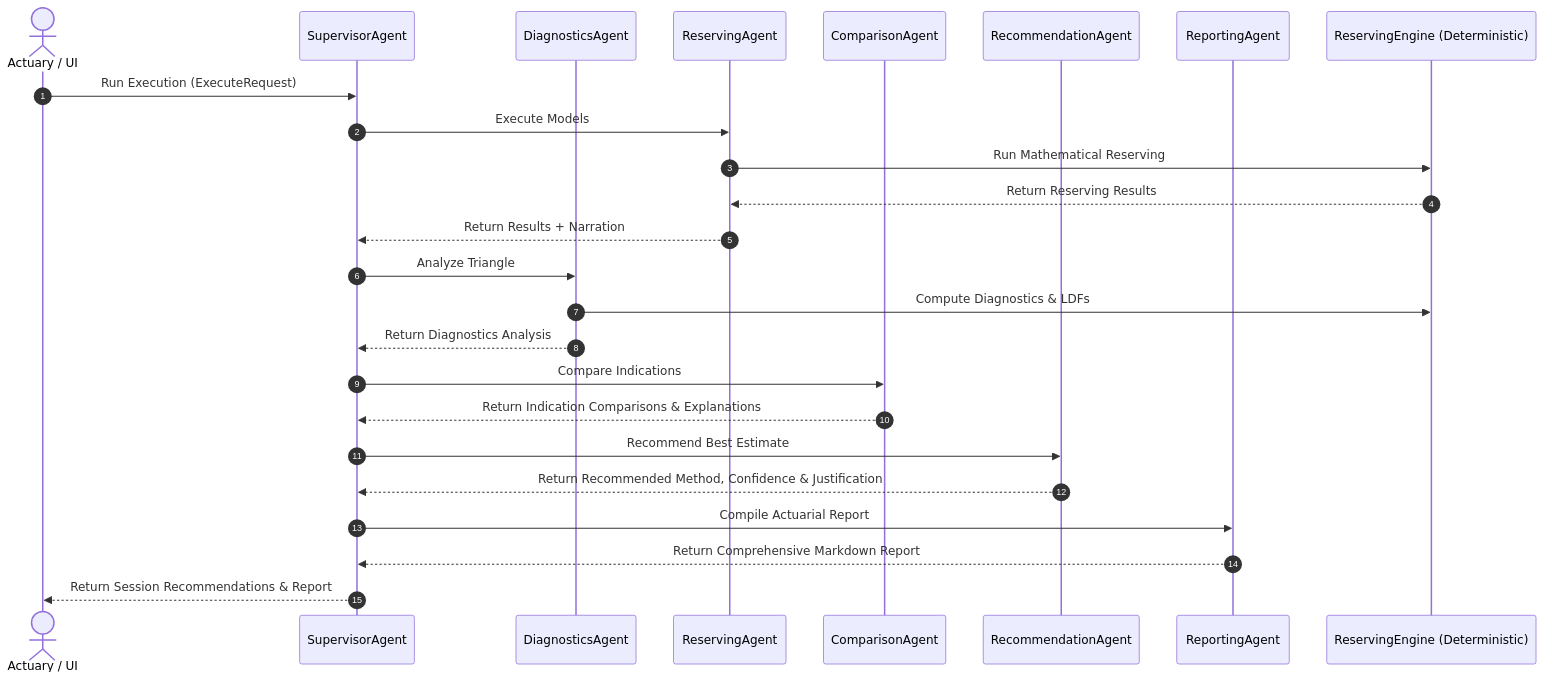
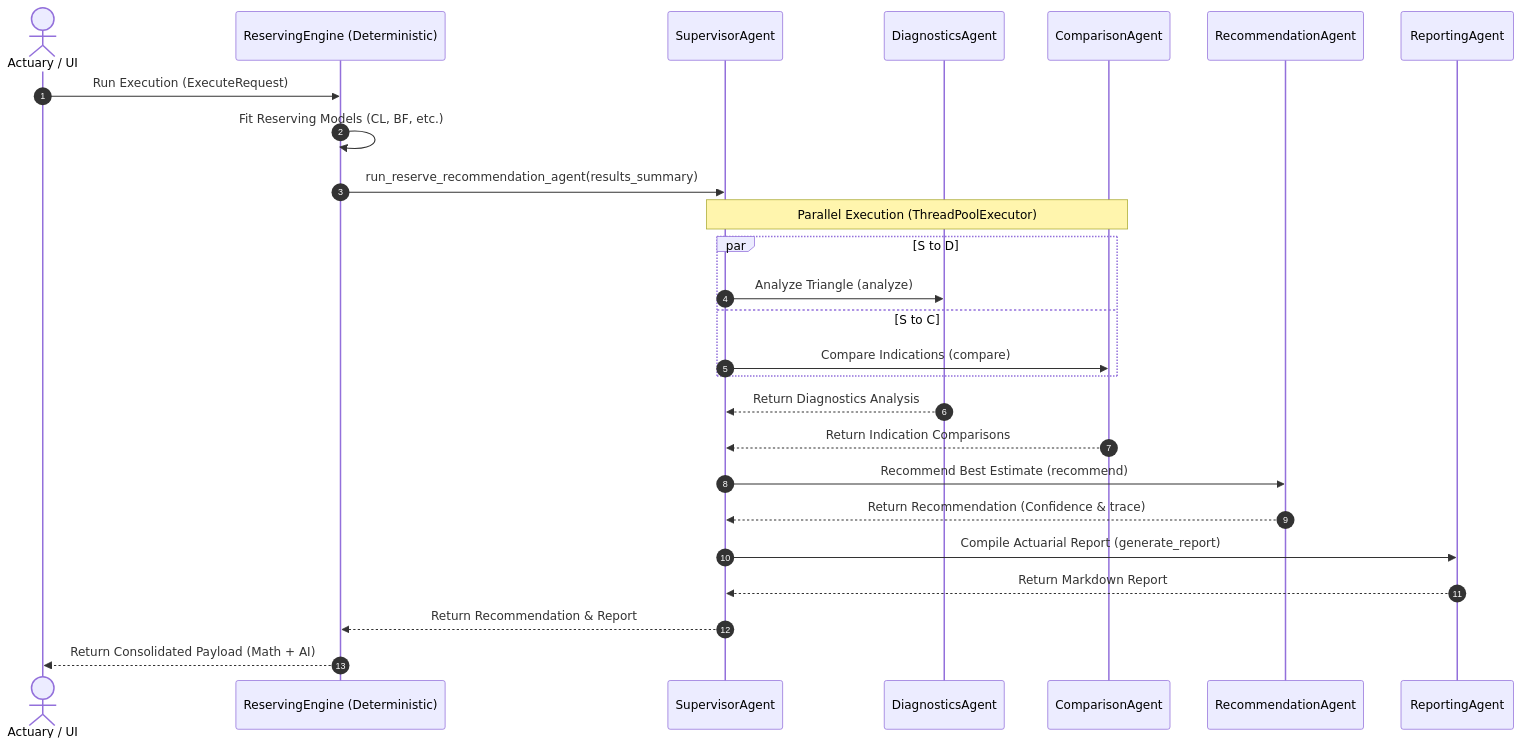
The diagram in docs/AGENT_ARCHITECTURE.md (RamSaiDeep/Reserving-using-Agentic-AI), drawn with Mermaid before and after one commit. The commit also changed other lines of this file and 26 other files, not shown here.

````diff
--- a/docs/AGENT_ARCHITECTURE.md
+++ b/docs/AGENT_ARCHITECTURE.md
@@ -70,33 +63,33 @@
 ```mermaid
 sequenceDiagram
     autonumber
     actor User as Actuary / UI
+    participant Eng as ReservingEngine (Deterministic)
     participant S as SupervisorAgent
     participant D as DiagnosticsAgent
-    participant R as ReservingAgent
     participant C as ComparisonAgent
     participant Rec as RecommendationAgent
     participant Rep as ReportingAgent
-    participant Eng as ReservingEngine (Deterministic)
 
-    User->>S: Run Execution (ExecuteRequest)
-    S->>R: Execute Models
-    R->>Eng: Run Mathematical Reserving
-    Eng-->>R: Return Reserving Results
-    R-->>S: Return Results + Narration
+    User->>Eng: Run Execution (ExecuteRequest)
+    Eng->>Eng: Fit Reserving Models (CL, BF, etc.)
+    Eng->>S: run_reserve_recommendation_agent(results_summary)
     
-    S->>D: Analyze Triangle
-    D->>Eng: Compute Diagnostics & LDFs
+    note over S,C: Parallel Execution (ThreadPoolExecutor)
+    par S to D
+        S->>D: Analyze Triangle (analyze)
+    and S to C
+        S->>C: Compare Indications (compare)
+    end
     D-->>S: Return Diagnostics Analysis
+    C-->>S: Return Indication Comparisons
     
-    S->>C: Compare Indications
-    C-->>S: Return Indication Comparisons & Explanations
+    S->>Rec: Recommend Best Estimate (recommend)
+    Rec-->>S: Return Recommendation (Confidence & trace)
     
-    S->>Rec: Recommend Best Estimate
-    Rec-->>S: Return Recommended Method, Confidence & Justification
+    S->>Rep: Compile Actuarial Report (generate_report)
+    Rep-->>S: Return Markdown Report
     
-    S->>Rep: Compile Actuarial Report
-    Rep-->>S: Return Comprehensive Markdown Report
-    
-    S-->>User: Return Session Recommendations & Report
+    S-->>Eng: Return Recommendation & Report
+    Eng-->>User: Return Consolidated Payload (Math + AI)
 ```
````
